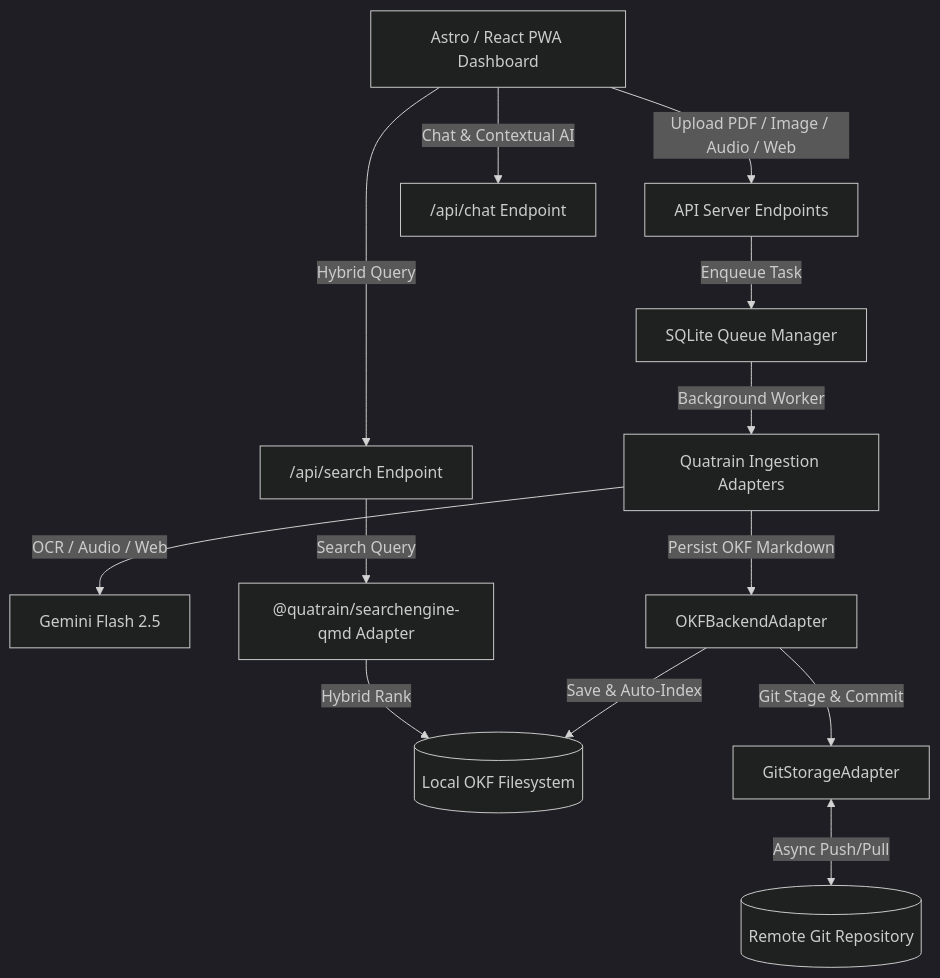
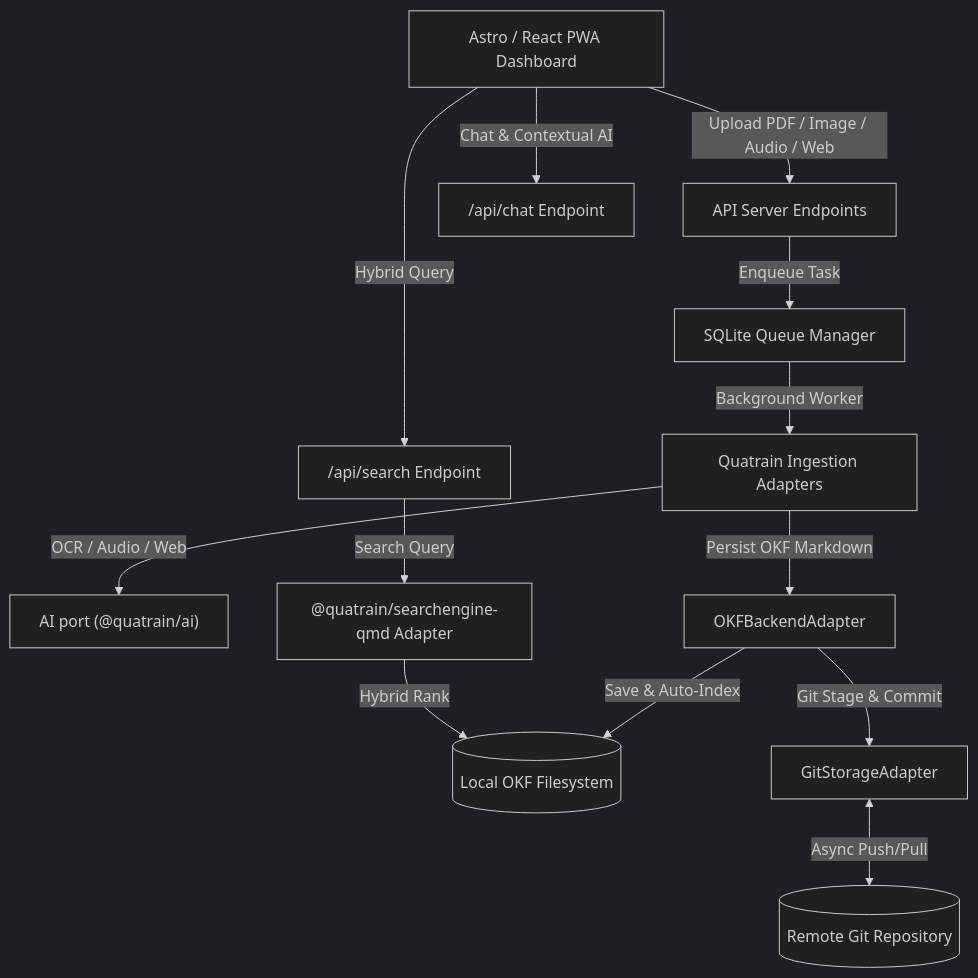
One commit to Quatrain/modaka changed the diagram in README.md. Above: the diagram before and after it, drawn with Mermaid (dark theme). The commit also changed other lines of this file and 1 other file, not shown here.

First line of the commit message:
docs: align README with the implemented model providers and roadmap

````diff
--- a/README.md
+++ b/README.md
@@ -42,18 +42,18 @@
 ```mermaid
 graph TD
     UI["Astro / React PWA Dashboard"] -->|Upload PDF / Image / Audio / Web| UploadAPI["API Server Endpoints"]
     UI -->|Hybrid Query| SearchAPI["/api/search Endpoint"]
     UI -->|Chat & Contextual AI| ChatAPI["/api/chat Endpoint"]
     
     UploadAPI -->|Enqueue Task| Queue["SQLite Queue Manager"]
     Queue -->|Background Worker| Ingestion["Quatrain Ingestion Adapters"]
-    Ingestion -->|OCR / Audio / Web| GEMINI["Gemini Flash 2.5"]
+    Ingestion -->|OCR / Audio / Web| LLM["AI port (@quatrain/ai)"]
     
     SearchAPI -->|Search Query| QMD["@quatrain/searchengine-qmd Adapter"]
     QMD -->|Hybrid Rank| Disk[("Local OKF Filesystem")]
     
     Ingestion -->|Persist OKF Markdown| OKFAdapter["OKFBackendAdapter"]
     OKFAdapter -->|Save & Auto-Index| Disk
     OKFAdapter -->|Git Stage & Commit| GitStorage["GitStorageAdapter"]
     GitStorage <-->|Async Push/Pull| RemoteGit[("Remote Git Repository")]
 ```
````
